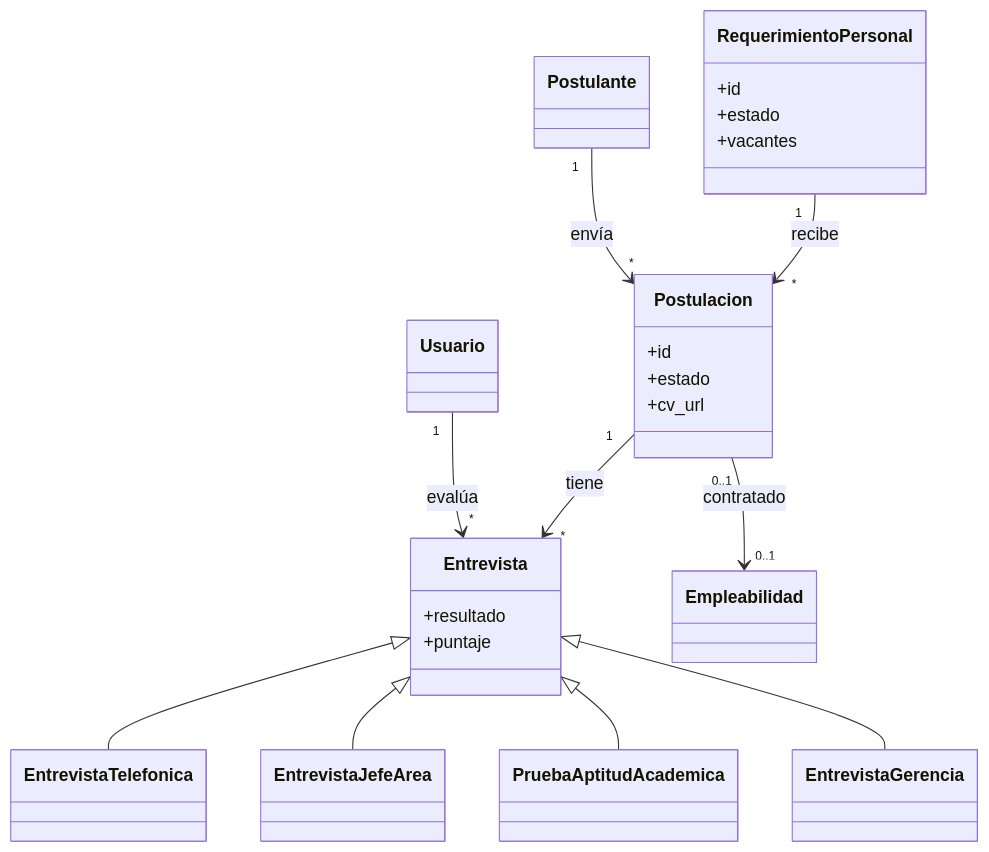
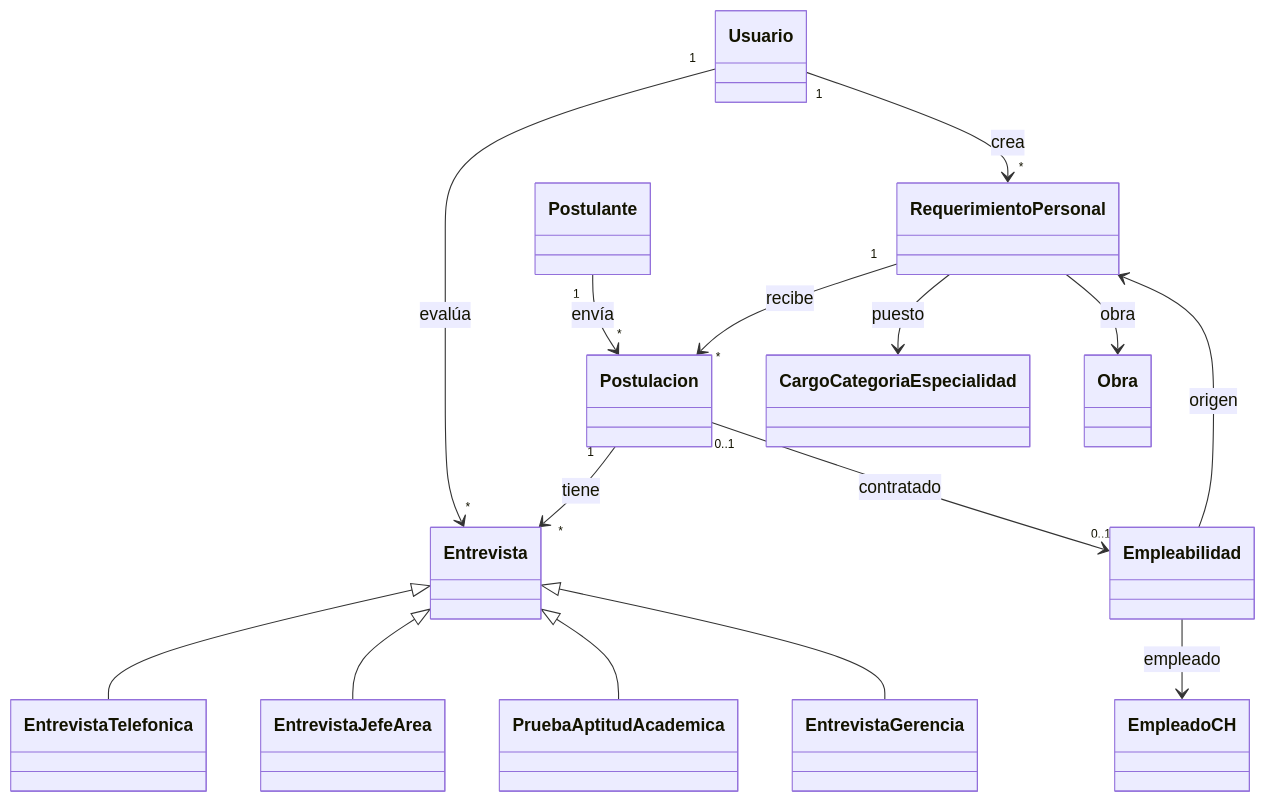
Before and after one commit to jefershon28/M.Convocatorias: the fourth of 4 diagrams in DIAGRAMA_CLASES_RECLUTAMIENTO.md, drawn with Mermaid. The commit also changed other lines of this file and 2 other files, not shown here.

Commit message:
Agregar diagramas secuencias, mejorar clases, modelo ER MongoDB

````diff
--- a/DIAGRAMA_CLASES_RECLUTAMIENTO.md
+++ b/DIAGRAMA_CLASES_RECLUTAMIENTO.md
@@ -173,24 +318,19 @@
 ```mermaid
 classDiagram
     RequerimientoPersonal "1" --> "*" Postulacion : recibe
     Postulante "1" --> "*" Postulacion : envía
     Postulacion "1" --> "*" Entrevista : tiene
     Usuario "1" --> "*" Entrevista : evalúa
     Postulacion "0..1" --> "0..1" Empleabilidad : contratado
 
     Entrevista <|-- EntrevistaTelefonica
     Entrevista <|-- EntrevistaJefeArea
     Entrevista <|-- PruebaAptitudAcademica
     Entrevista <|-- EntrevistaGerencia
 
-    RequerimientoPersonal : +id
-    RequerimientoPersonal : +estado
-    RequerimientoPersonal : +vacantes
-
-    Postulacion : +id
-    Postulacion : +estado
-    Postulacion : +cv_url
-
-    Entrevista : +resultado
-    Entrevista : +puntaje
+    Usuario "1" --> "*" RequerimientoPersonal : crea
+    RequerimientoPersonal --> CargoCategoriaEspecialidad : puesto
+    RequerimientoPersonal --> Obra : obra
+    Empleabilidad --> EmpleadoCH : empleado
+    Empleabilidad --> RequerimientoPersonal : origen
 ```
````
